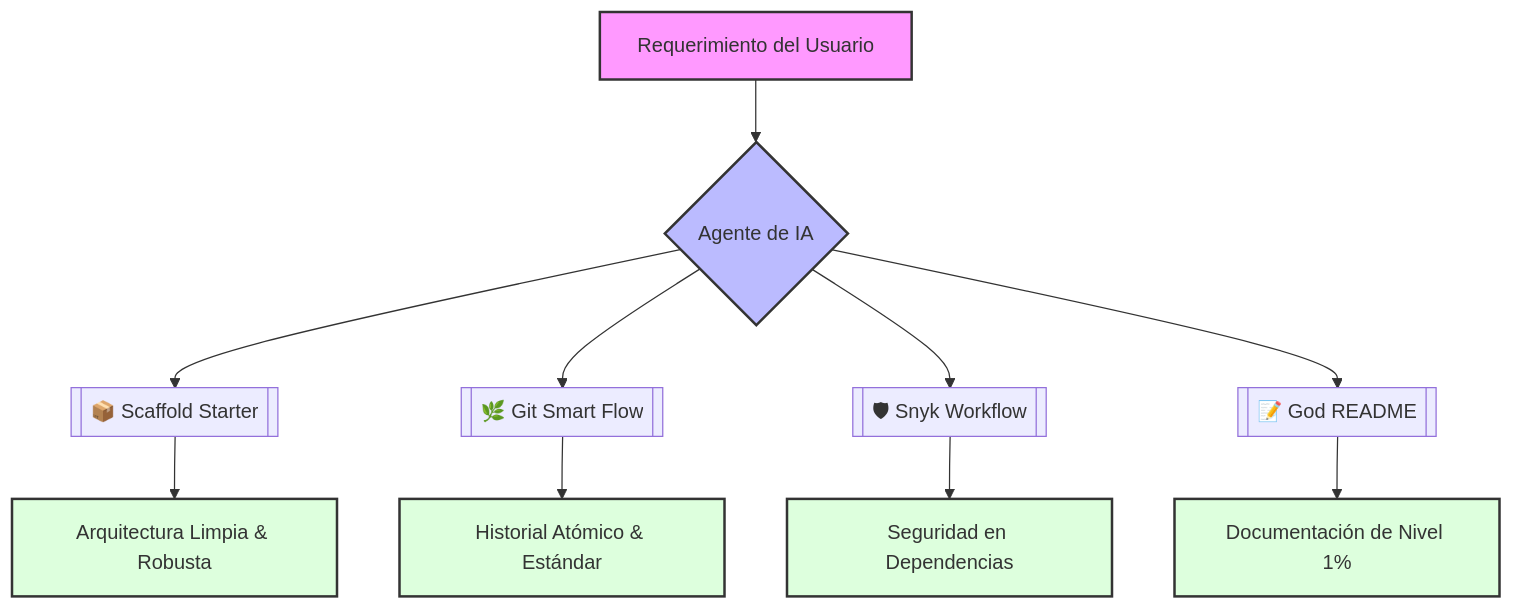
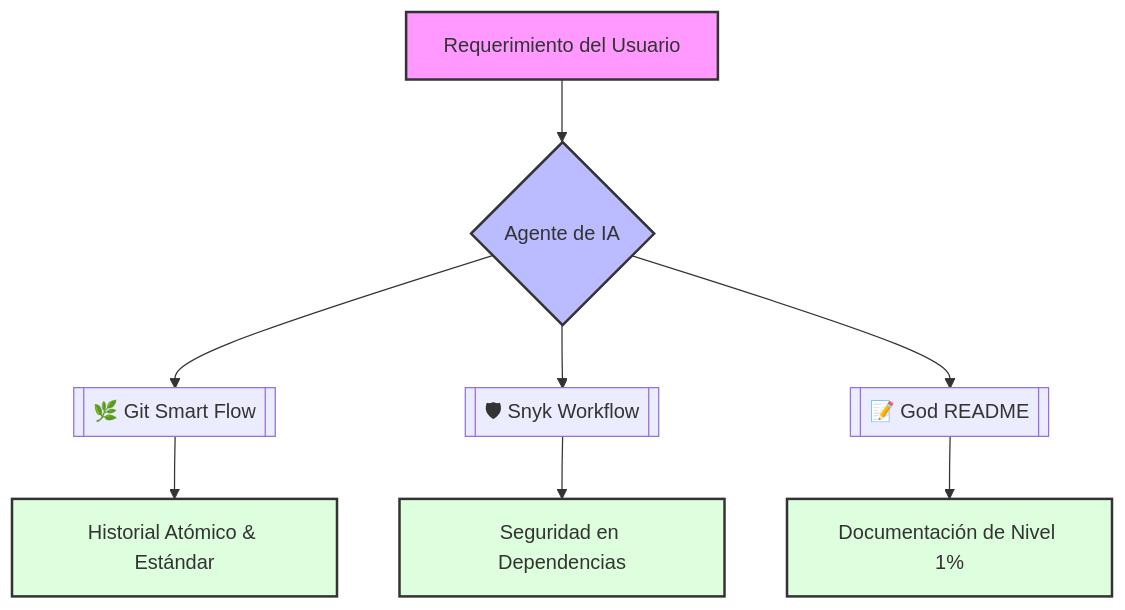
The diagram in README.md (Ivan-Madera/Agent-skills), drawn with Mermaid before and after one commit. The commit also changed other lines of this file, not shown here.

Commit message:
docs(readme): update catalog and structure after skill removal

````diff
--- a/README.md
+++ b/README.md
@@ -26,20 +25,17 @@
 ```mermaid
 graph TD
     A[Requerimiento del Usuario] --> B{Agente de IA}
-    B --> C[[📦 Scaffold Starter]]
     B --> D[[🌿 Git Smart Flow]]
     B --> E[[🛡 Snyk Workflow]]
     B --> F[[📝 God README]]
 
-    C --> G[Arquitectura Limpia & Robusta]
     D --> H[Historial Atómico & Estándar]
     E --> I[Seguridad en Dependencias]
     F --> J[Documentación de Nivel 1%]
 
     style A fill:#f9f,stroke:#333,stroke-width:2px
     style B fill:#bbf,stroke:#333,stroke-width:2px
-    style G fill:#dfd,stroke:#333,stroke-width:2px
     style H fill:#dfd,stroke:#333,stroke-width:2px
     style I fill:#dfd,stroke:#333,stroke-width:2px
     style J fill:#dfd,stroke:#333,stroke-width:2px
 ```
````
